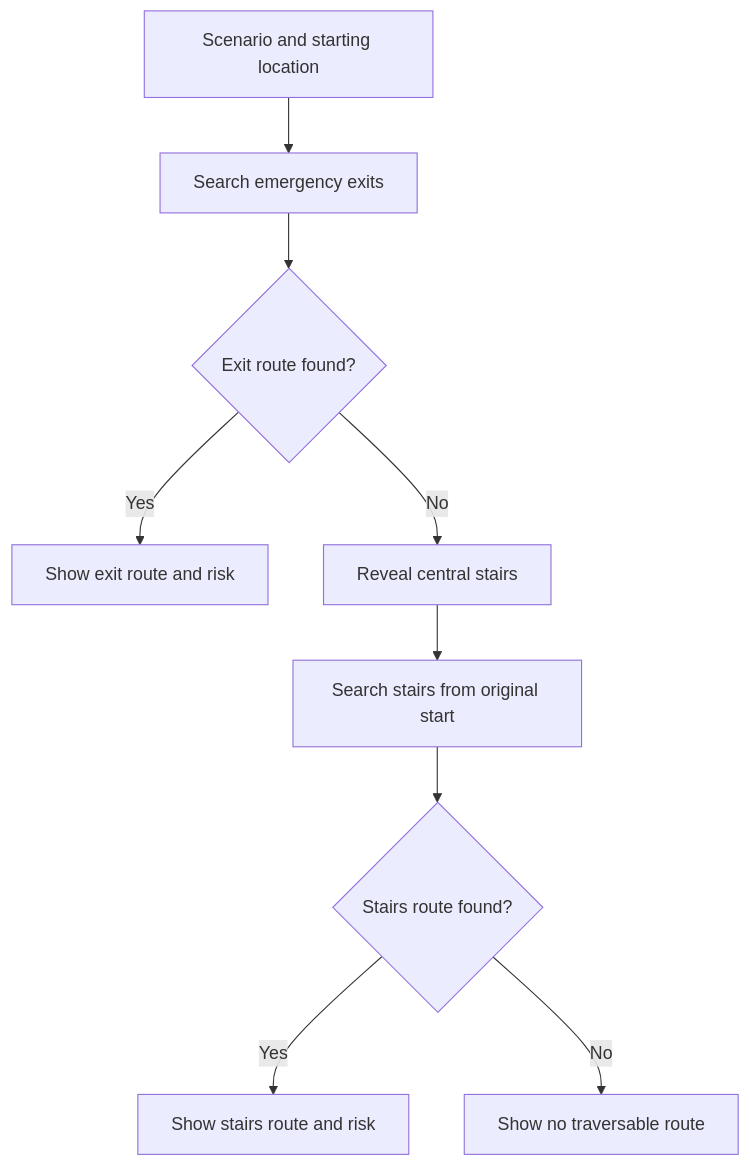
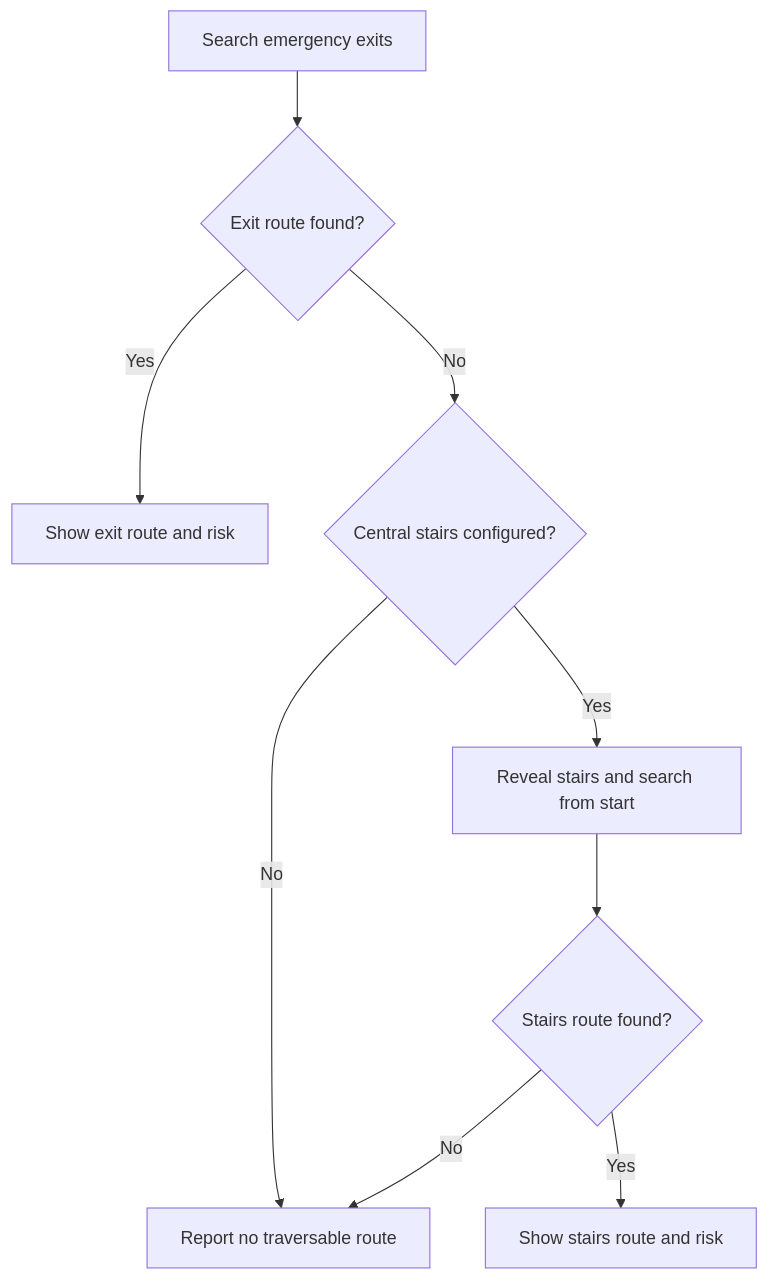
One commit to shabab122/Campus-Evacuation-Planner changed the diagram in README.md. Above: the diagram before and after it, drawn with Mermaid. The commit also changed other lines of this file, not shown here.

````diff
--- a/README.md
+++ b/README.md
@@ -26,11 +61,11 @@
 ```mermaid
 flowchart TD
-    A["Scenario and starting location"] --> B["Search emergency exits"]
-    B --> C{"Exit route found?"}
-    C -->|Yes| D["Show exit route and risk"]
-    C -->|No| E["Reveal central stairs"]
-    E --> F["Search stairs from original start"]
+    A["Search emergency exits"] --> B{"Exit route found?"}
+    B -->|Yes| C["Show exit route and risk"]
+    B -->|No| D{"Central stairs configured?"}
+    D -->|No| E["Report no traversable route"]
+    D -->|Yes| F["Reveal stairs and search from start"]
     F --> G{"Stairs route found?"}
     G -->|Yes| H["Show stairs route and risk"]
-    G -->|No| I["Show no traversable route"]
+    G -->|No| E
 ```
````
